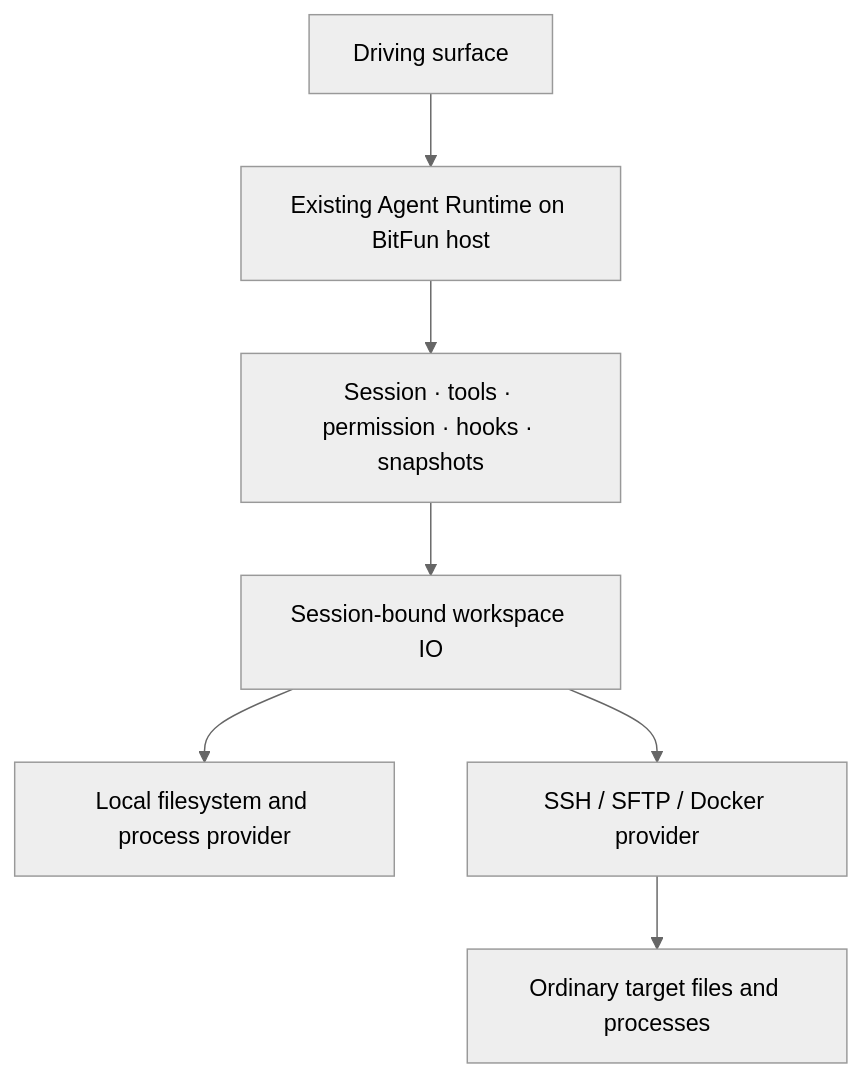
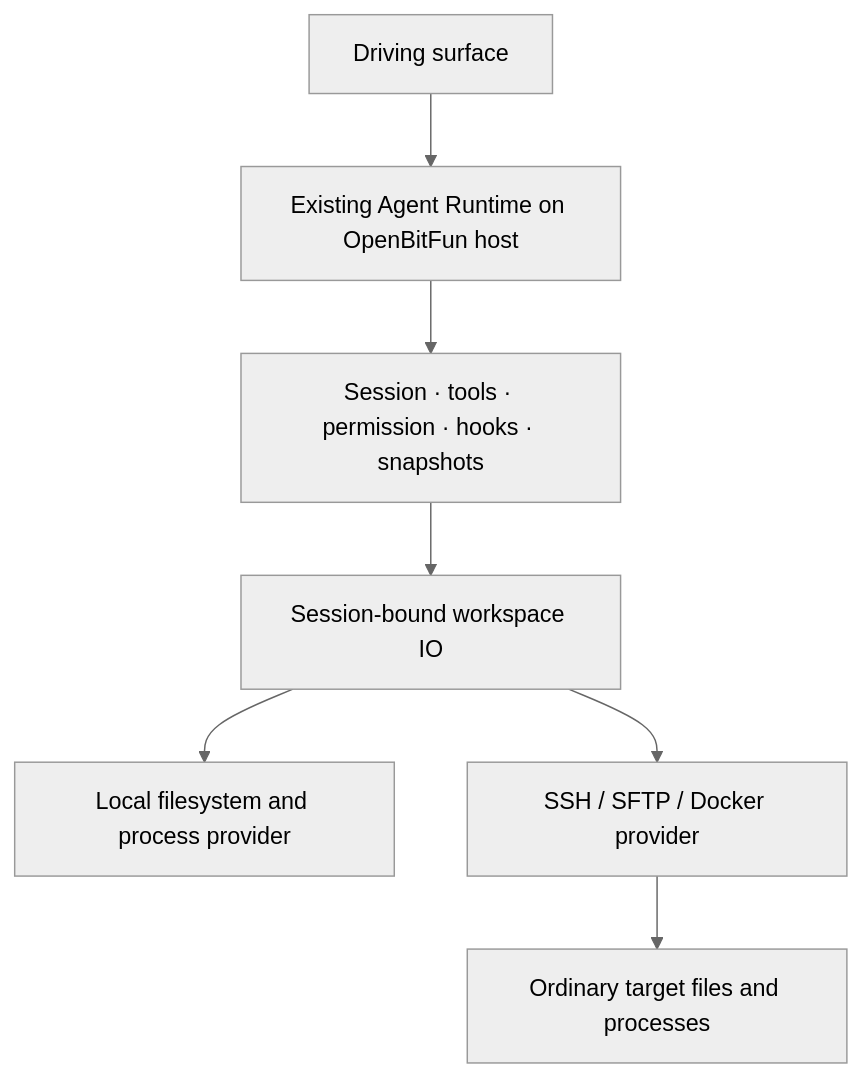
Before and after one commit to 1688mengdie/BitFun: the diagram in docs/architecture/remote-workspace-transport.md, drawn with Mermaid (neutral theme). The commit also changed other lines of this file and 4651 other files, not shown here.

Commit message:
refactor!: rename BitFun to OpenBitFun (#2795)

````diff
--- a/docs/architecture/remote-workspace-transport.md
+++ b/docs/architecture/remote-workspace-transport.md
@@ -226,9 +226,9 @@
 ```mermaid
 flowchart TB
-  Surface["Driving surface"] --> Runtime["Existing Agent Runtime on BitFun host"]
+  Surface["Driving surface"] --> Runtime["Existing Agent Runtime on OpenBitFun host"]
   Runtime --> Owners["Session · tools · permission · hooks · snapshots"]
   Owners --> IO["Session-bound workspace IO"]
   IO --> Local["Local filesystem and process provider"]
   IO --> Remote["SSH / SFTP / Docker provider"]
   Remote --> Target["Ordinary target files and processes"]
 ```
````
